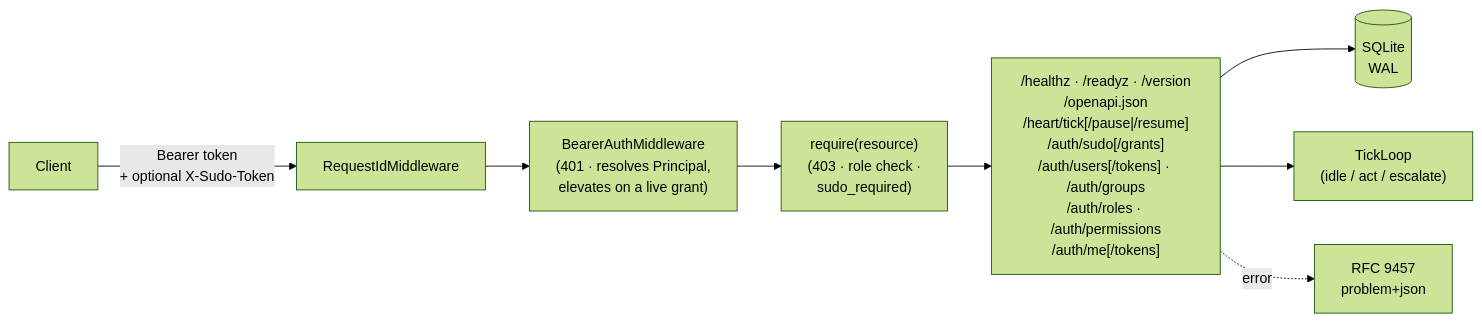
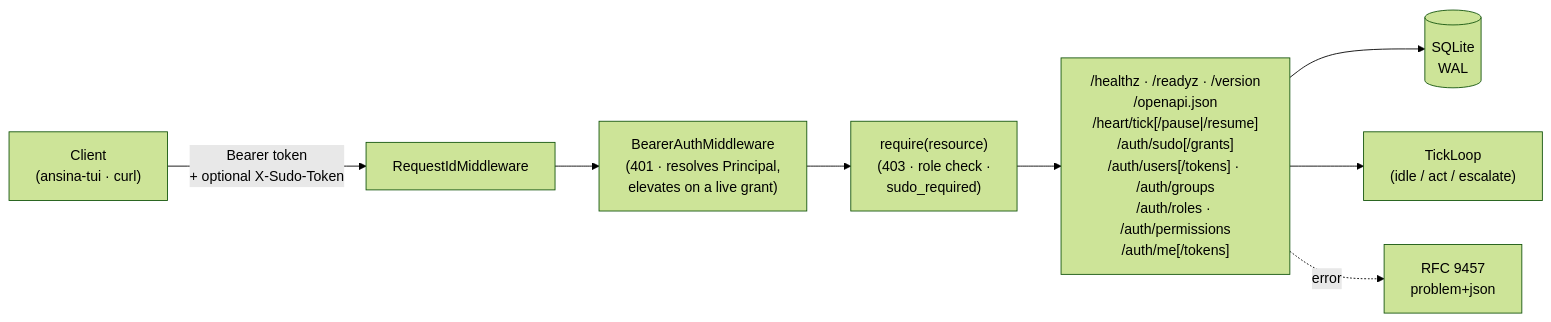
Before and after one commit to giacchetta/ansina: the first of 2 diagrams in README.md, drawn with Mermaid (forest theme). The commit also changed other lines of this file and 3 other files, not shown here.

````diff
--- a/README.md
+++ b/README.md
@@ -9,10 +9,10 @@
 ```mermaid
 flowchart LR
-    Client["Client"] -->|Bearer token<br/>+ optional X-Sudo-Token| MW["RequestIdMiddleware"]
+    Client["Client<br/>(ansina-tui · curl)"] -->|Bearer token<br/>+ optional X-Sudo-Token| MW["RequestIdMiddleware"]
     MW --> Auth["BearerAuthMiddleware<br/>(401 · resolves Principal,<br/>elevates on a live grant)"]
     Auth --> Authz["require(resource)<br/>(403 · role check ·<br/>sudo_required)"]
     Authz --> Routes["/healthz · /readyz · /version<br/>/openapi.json<br/>/heart/tick[/pause|/resume]<br/>/auth/sudo[/grants]<br/>/auth/users[/tokens] · /auth/groups<br/>/auth/roles · /auth/permissions<br/>/auth/me[/tokens]"]
     Routes --> DB[("SQLite<br/>WAL")]
     Routes --> Tick["TickLoop<br/>(idle / act / escalate)"]
     Routes -.error.-> Problem["RFC 9457<br/>problem+json"]
 ```
````
